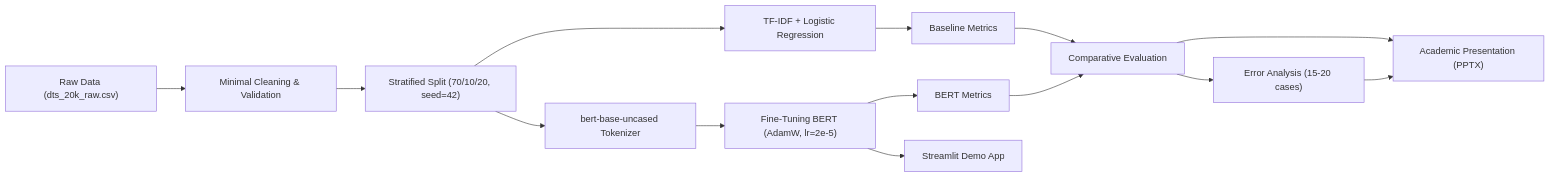
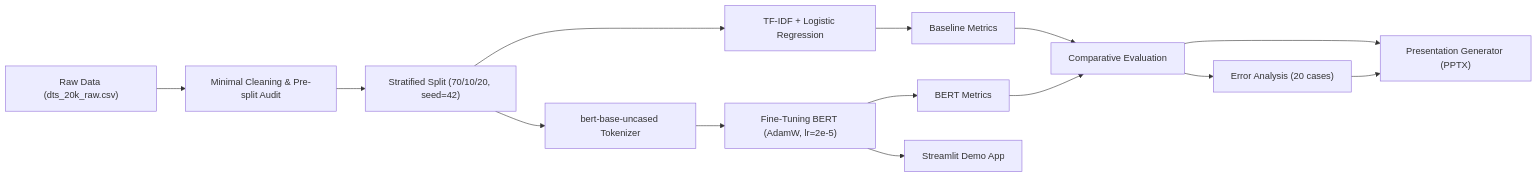
Before and after one commit to SCuong/Bert: the diagram in docs/02_project_spec.md, drawn with Mermaid. The commit also changed other lines of this file and 14 other files, not shown here.

````diff
--- a/docs/02_project_spec.md
+++ b/docs/02_project_spec.md
@@ -82,14 +79,14 @@
 ```mermaid
 flowchart LR
-    A["Raw Data (dts_20k_raw.csv)"] --> B["Minimal Cleaning & Validation"]
+    A["Raw Data (dts_20k_raw.csv)"] --> B["Minimal Cleaning & Pre-split Audit"]
     B --> C["Stratified Split (70/10/20, seed=42)"]
     C --> D1["TF-IDF + Logistic Regression"]
     C --> D2["bert-base-uncased Tokenizer"]
     D2 --> E["Fine-Tuning BERT (AdamW, lr=2e-5)"]
     D1 --> F1["Baseline Metrics"]
     E --> F2["BERT Metrics"]
     F1 & F2 --> G["Comparative Evaluation"]
-    G --> H["Error Analysis (15-20 cases)"]
+    G --> H["Error Analysis (20 cases)"]
     E --> I["Streamlit Demo App"]
-    G & H --> J["Academic Presentation (PPTX)"]
+    G & H --> J["Presentation Generator (PPTX)"]
 ```
````
